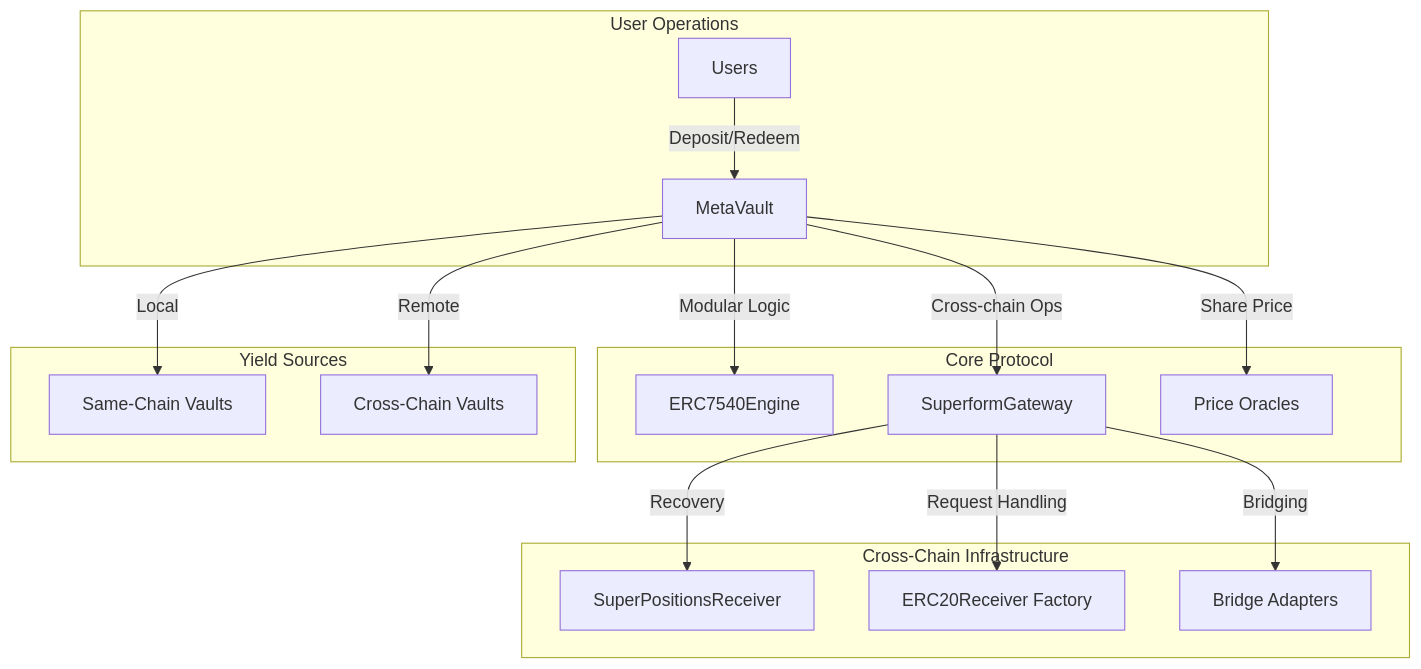
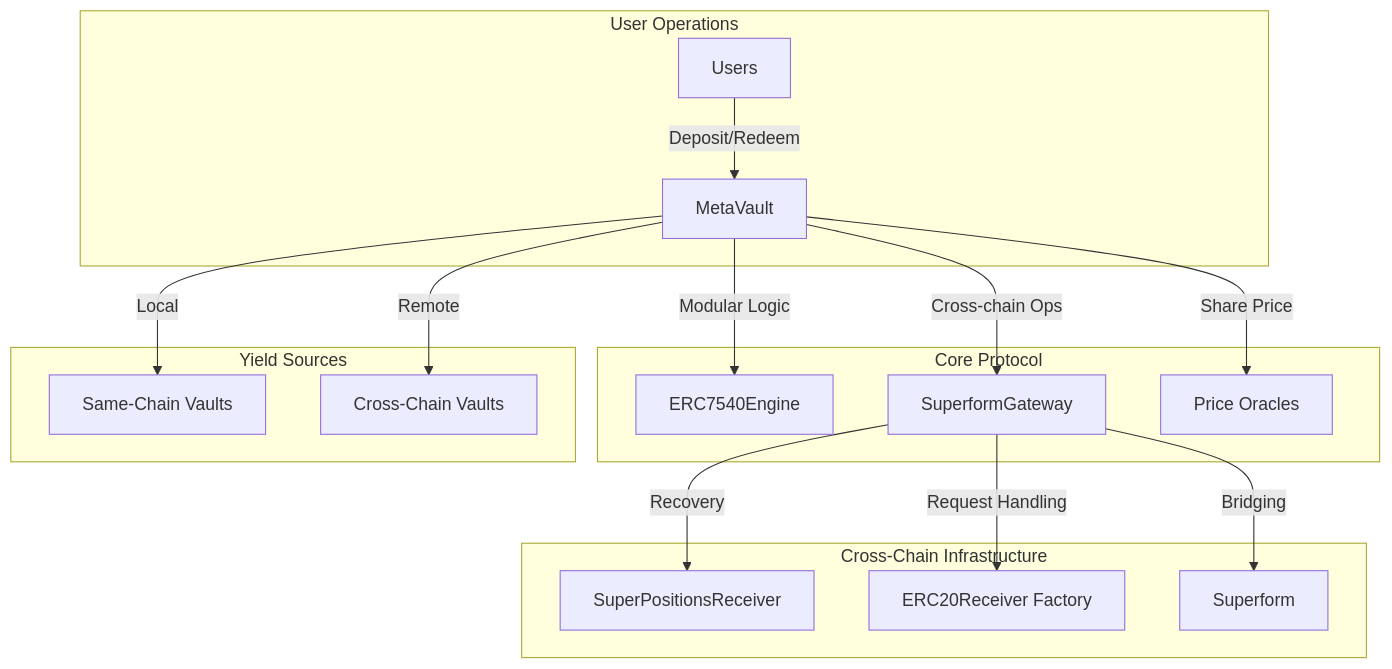
The first of 2 diagrams in README.md (VerisLabs/metavault), drawn with Mermaid before and after one commit.

````diff
--- a/README.md
+++ b/README.md
@@ -33,23 +33,23 @@
 ```mermaid
 graph TD
     subgraph User Operations
         User[Users] --> |Deposit/Redeem|MetaVault
     end
     
     subgraph Core Protocol
         MetaVault[MetaVault] --> |Modular Logic|Engine[ERC7540Engine]
         MetaVault --> |Cross-chain Ops|Gateway[SuperformGateway]
         MetaVault --> |Share Price|Oracles[Price Oracles]
     end
     
     subgraph Cross-Chain Infrastructure
         Gateway --> |Recovery|SPR[SuperPositionsReceiver]
         Gateway --> |Request Handling|ERC20R[ERC20Receiver Factory]
-        Gateway --> |Bridging|Bridges[Bridge Adapters]
+        Gateway --> |Bridging|Bridges[Superform]
     end
     
     subgraph Yield Sources
         MetaVault --> |Local|LocalVaults[Same-Chain Vaults]
         MetaVault --> |Remote|RemoteVaults[Cross-Chain Vaults]
     end
 ```
````
